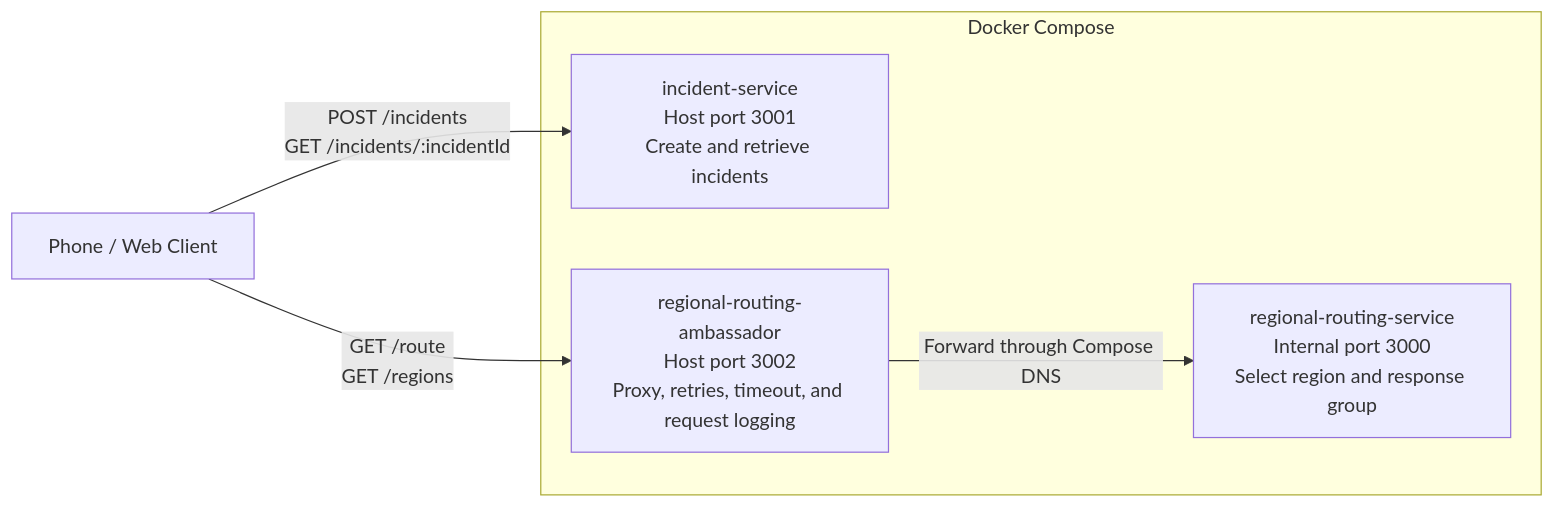
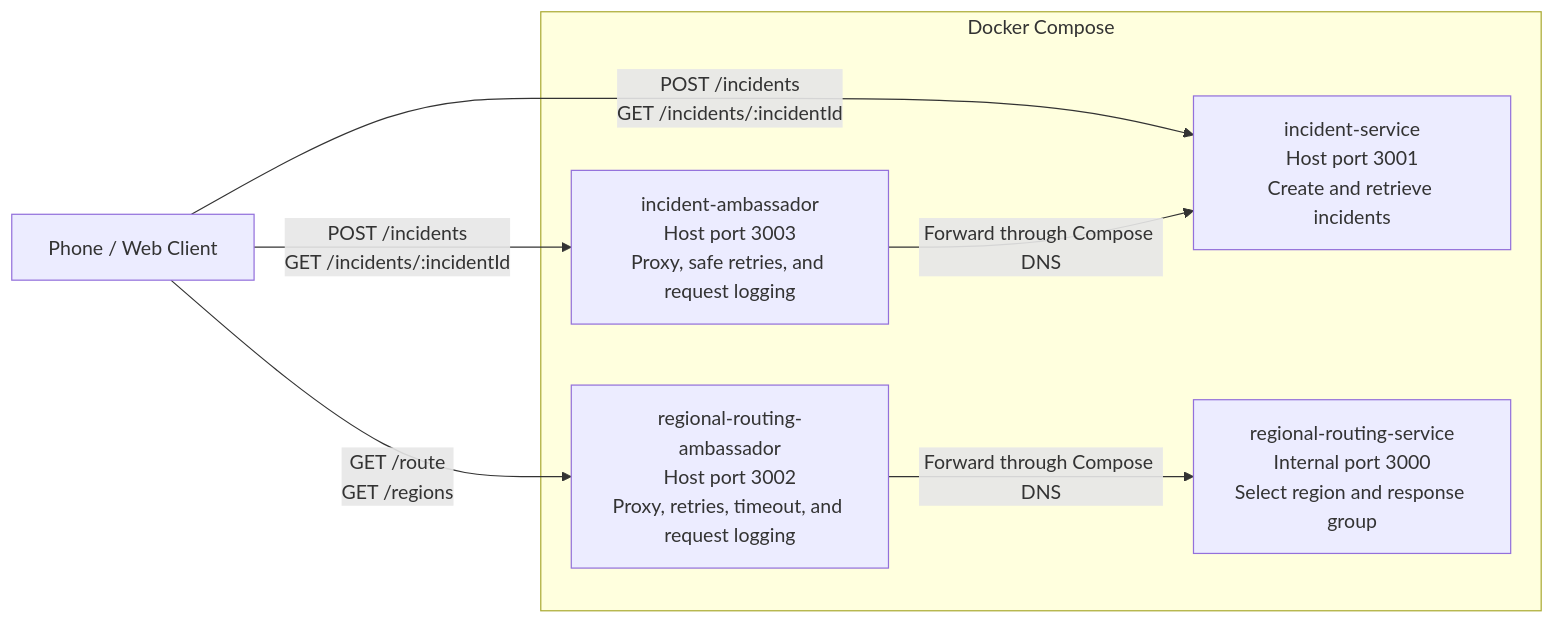
One commit to Dos0n/426-project-bay-blues changed the diagram in docs/SERVICES.md. Above: the diagram before and after it, drawn with Mermaid. The commit also changed other lines of this file and 4 other files, not shown here.

First line of the commit message:
Add incident-ambassador

````diff
--- a/docs/SERVICES.md
+++ b/docs/SERVICES.md
@@ -11,14 +12,17 @@
 ```mermaid
 flowchart LR
     client[Phone / Web Client]
 
     subgraph compose[Docker Compose]
         incident[incident-service<br/>Host port 3001<br/>Create and retrieve incidents]
+        incidentAmbassador[incident-ambassador<br/>Host port 3003<br/>Proxy, safe retries, and request logging]
         ambassador[regional-routing-ambassador<br/>Host port 3002<br/>Proxy, retries, timeout, and request logging]
         routing[regional-routing-service<br/>Internal port 3000<br/>Select region and response group]
     end
 
     client -->|POST /incidents<br/>GET /incidents/:incidentId| incident
+    client -->|POST /incidents<br/>GET /incidents/:incidentId| incidentAmbassador
+    incidentAmbassador -->|Forward through Compose DNS| incident
     client -->|GET /route<br/>GET /regions| ambassador
     ambassador -->|Forward through Compose DNS| routing
 ```
````
